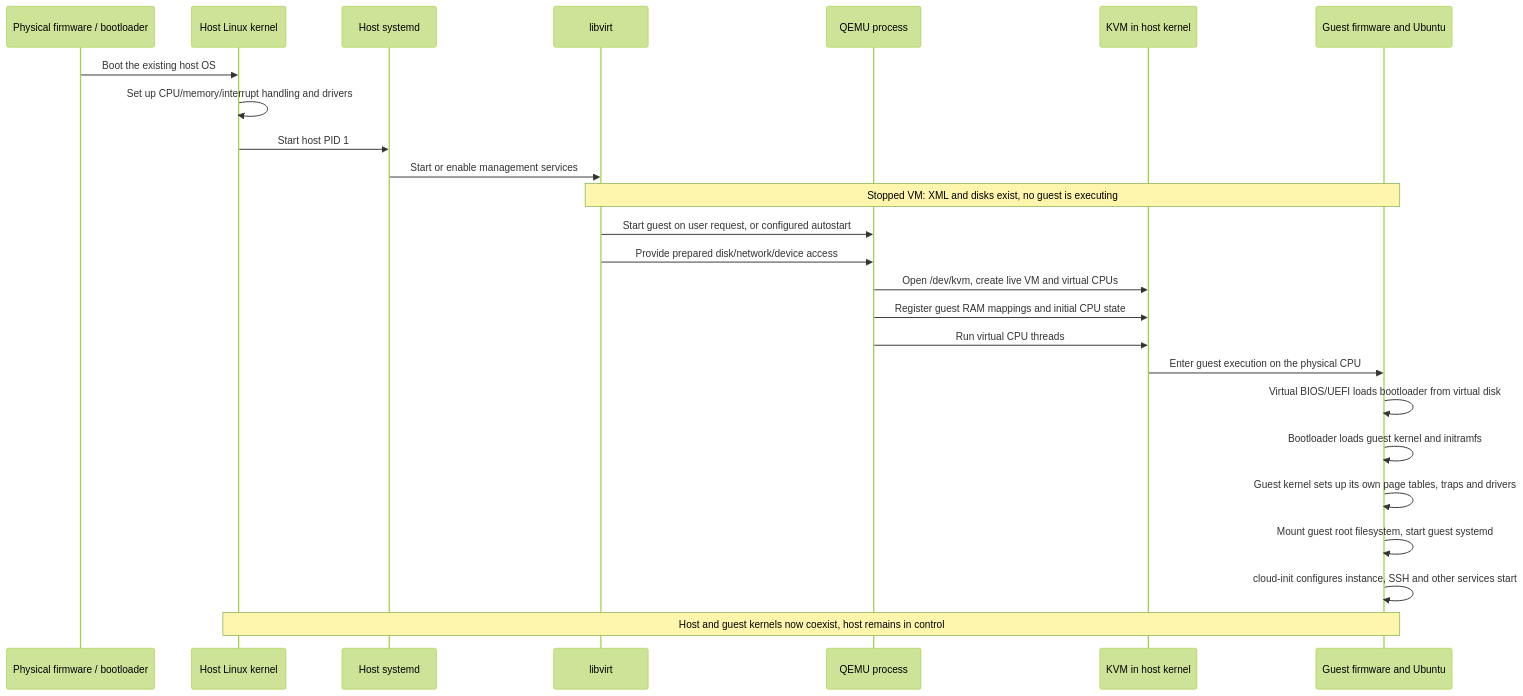
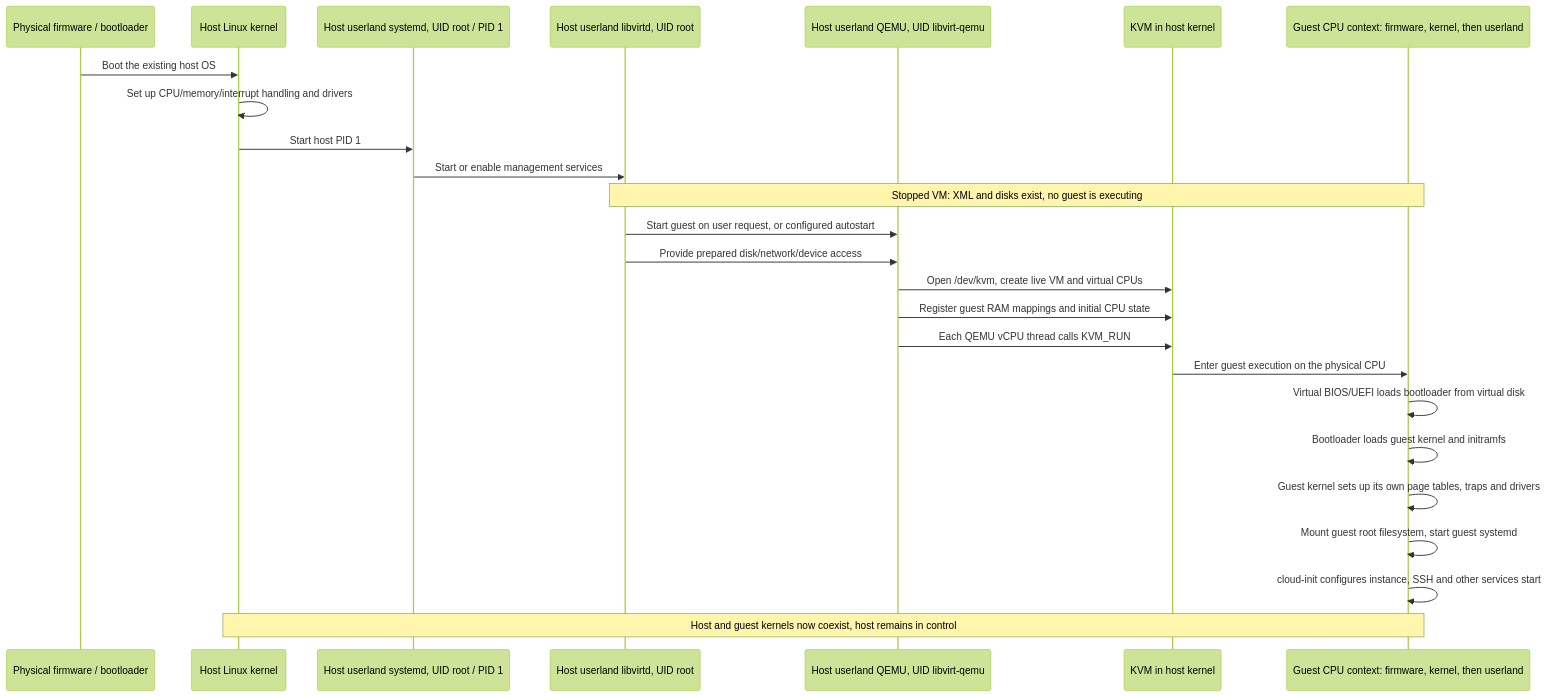
Before and after one commit to andyjakubowski/dotfiles-ubuntu: the fourth of 9 diagrams in docs/gpu-vm-explained.md, drawn with Mermaid (forest theme). The commit also changed other lines of this file and 9 other files, not shown here.

````diff
--- a/docs/gpu-vm-explained.md
+++ b/docs/gpu-vm-explained.md
@@ -189,27 +472,27 @@
 ```mermaid
 sequenceDiagram
     participant FW as Physical firmware / bootloader
     participant HK as Host Linux kernel
-    participant S as Host systemd
-    participant L as libvirt
-    participant Q as QEMU process
+    participant S as Host userland systemd, UID root / PID 1
+    participant L as Host userland libvirtd, UID root
+    participant Q as Host userland QEMU, UID libvirt-qemu
     participant K as KVM in host kernel
-    participant G as Guest firmware and Ubuntu
+    participant G as Guest CPU context: firmware, kernel, then userland
     FW->>HK: Boot the existing host OS
     HK->>HK: Set up CPU/memory/interrupt handling and drivers
     HK->>S: Start host PID 1
     S->>L: Start or enable management services
     Note over L,G: Stopped VM: XML and disks exist, no guest is executing
     L->>Q: Start guest on user request, or configured autostart
     L->>Q: Provide prepared disk/network/device access
     Q->>K: Open /dev/kvm, create live VM and virtual CPUs
     Q->>K: Register guest RAM mappings and initial CPU state
-    Q->>K: Run virtual CPU threads
+    Q->>K: Each QEMU vCPU thread calls KVM_RUN
     K->>G: Enter guest execution on the physical CPU
     G->>G: Virtual BIOS/UEFI loads bootloader from virtual disk
     G->>G: Bootloader loads guest kernel and initramfs
     G->>G: Guest kernel sets up its own page tables, traps and drivers
     G->>G: Mount guest root filesystem, start guest systemd
     G->>G: cloud-init configures instance, SSH and other services start
     Note over HK,G: Host and guest kernels now coexist, host remains in control
 ```
````
